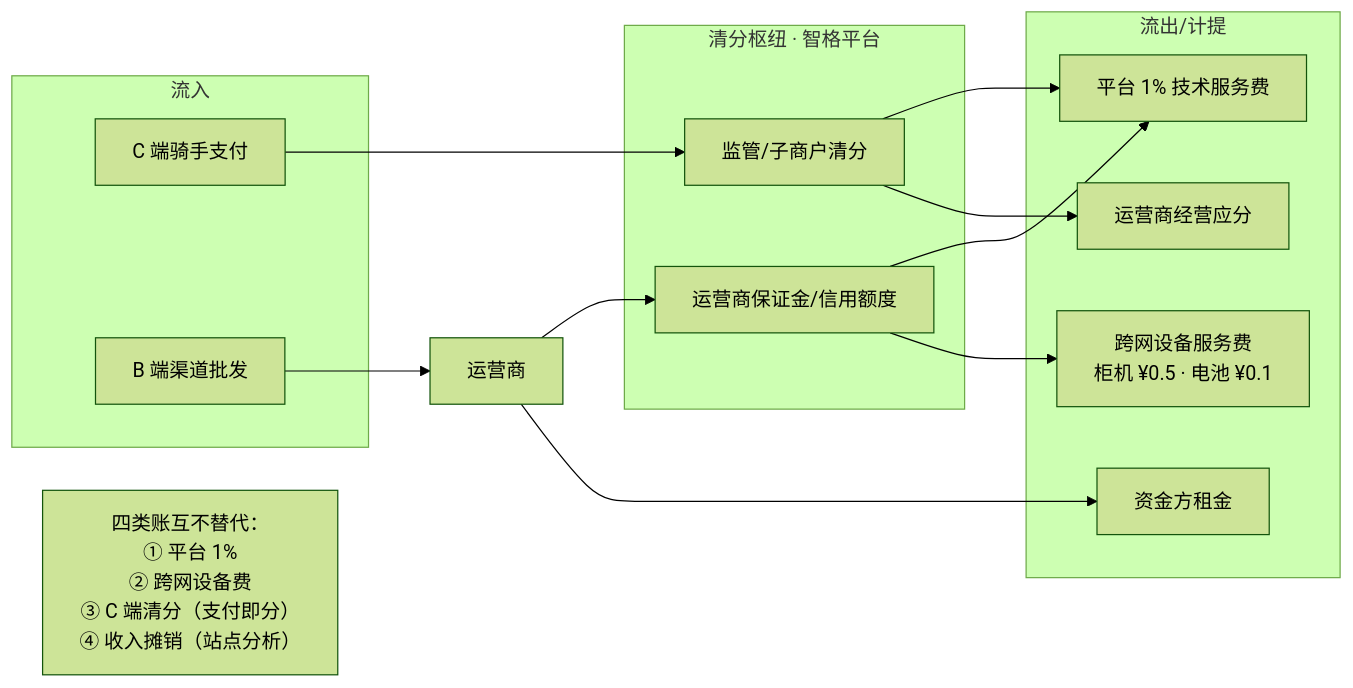
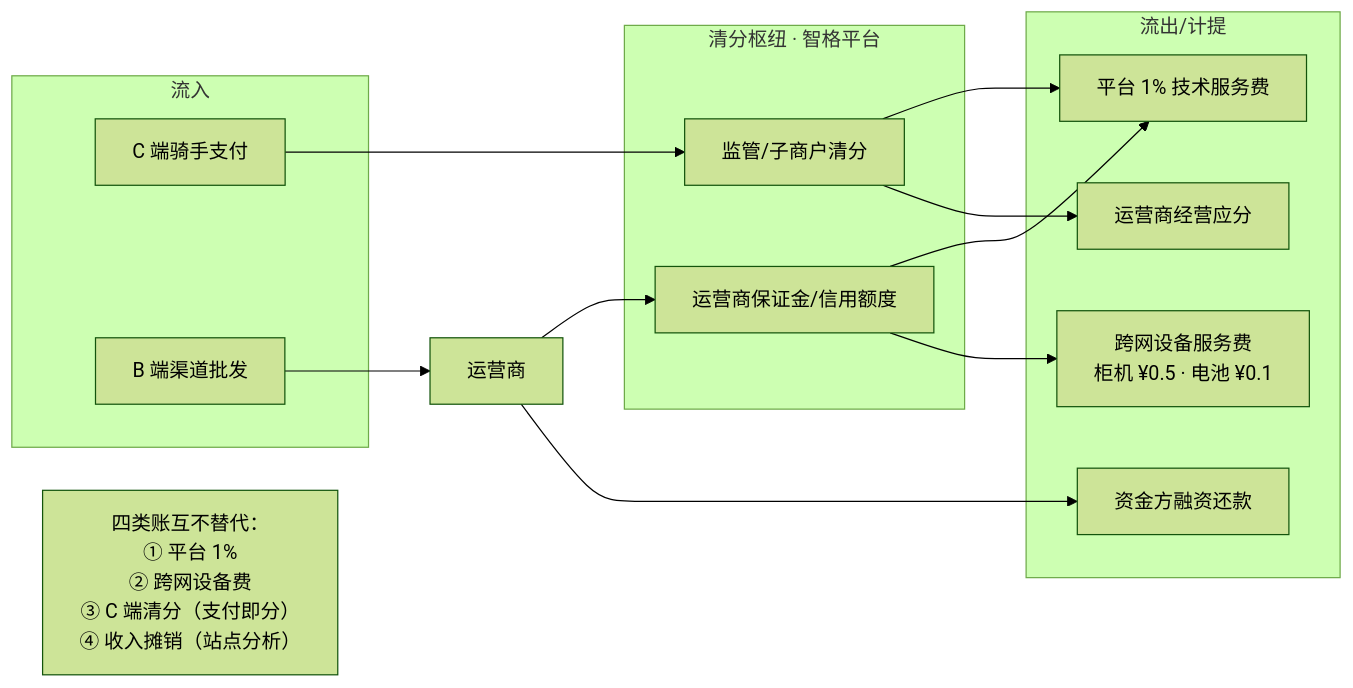
One commit to liudali/rider-swap-operator-prototype changed the fourth of 5 diagrams in docs/业务整体预览图.md. Above: the diagram before and after it, drawn with Mermaid (forest theme). The commit also changed other lines of this file and 54 other files, not shown here.

````diff
--- a/docs/业务整体预览图.md
+++ b/docs/业务整体预览图.md
@@ -162,30 +177,30 @@
 ```mermaid
 flowchart LR
   subgraph in [流入]
     Cpay["C 端骑手支付"]
     Bpay["B 端渠道批发"]
   end
 
   subgraph hub [清分枢纽 · 智格平台]
     Reg["监管/子商户清分"]
     Dep["运营商保证金/信用额度"]
   end
 
   subgraph out [流出/计提]
     P1["平台 1% 技术服务费"]
     P2["跨网设备服务费<br/>柜机 ¥0.5 · 电池 ¥0.1"]
     P3["运营商经营应分"]
-    P5["资金方租金"]
+    P5["资金方融资还款"]
   end
 
   Cpay --> Reg
   Bpay --> OP2["运营商"]
   Reg --> P1
   Reg --> P3
   OP2 --> Dep
   Dep --> P1
   Dep --> P2
   OP2 --> P5
 
   note1["四类账互不替代：<br/>① 平台 1%<br/>② 跨网设备费<br/>③ C 端清分（支付即分）<br/>④ 收入摊销（站点分析）"]
 ```
````
